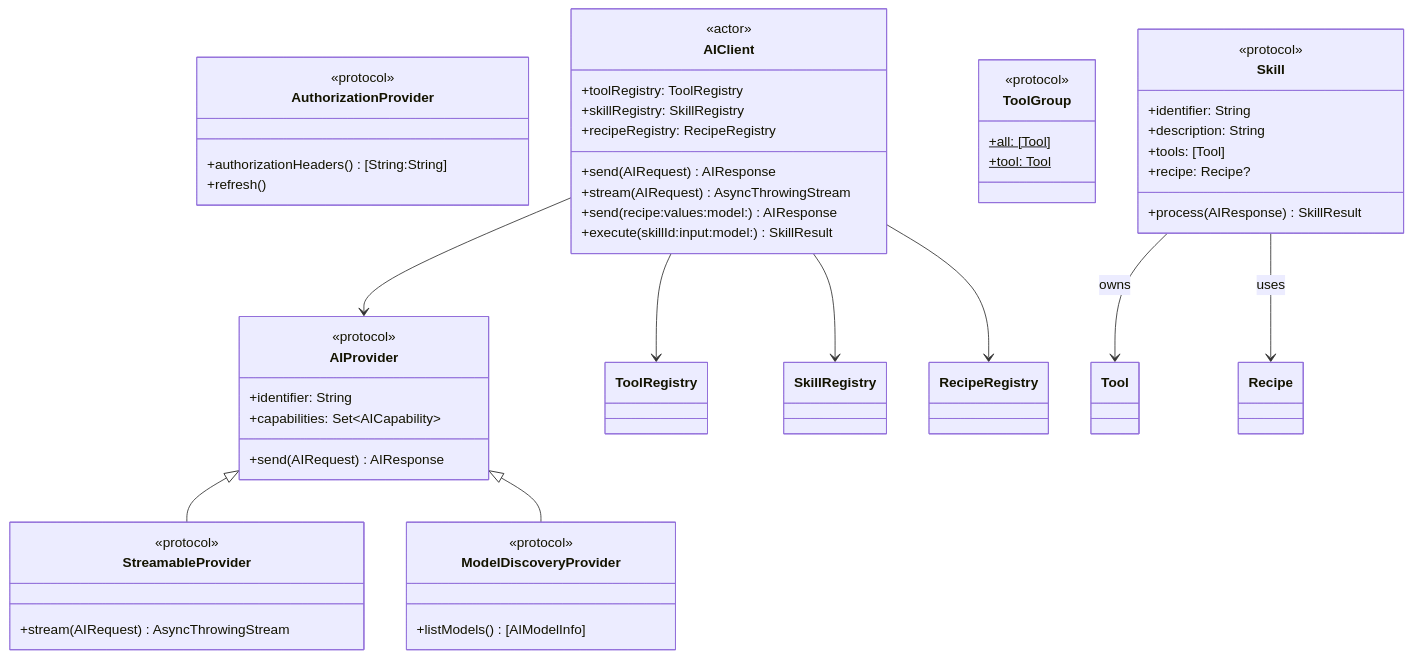
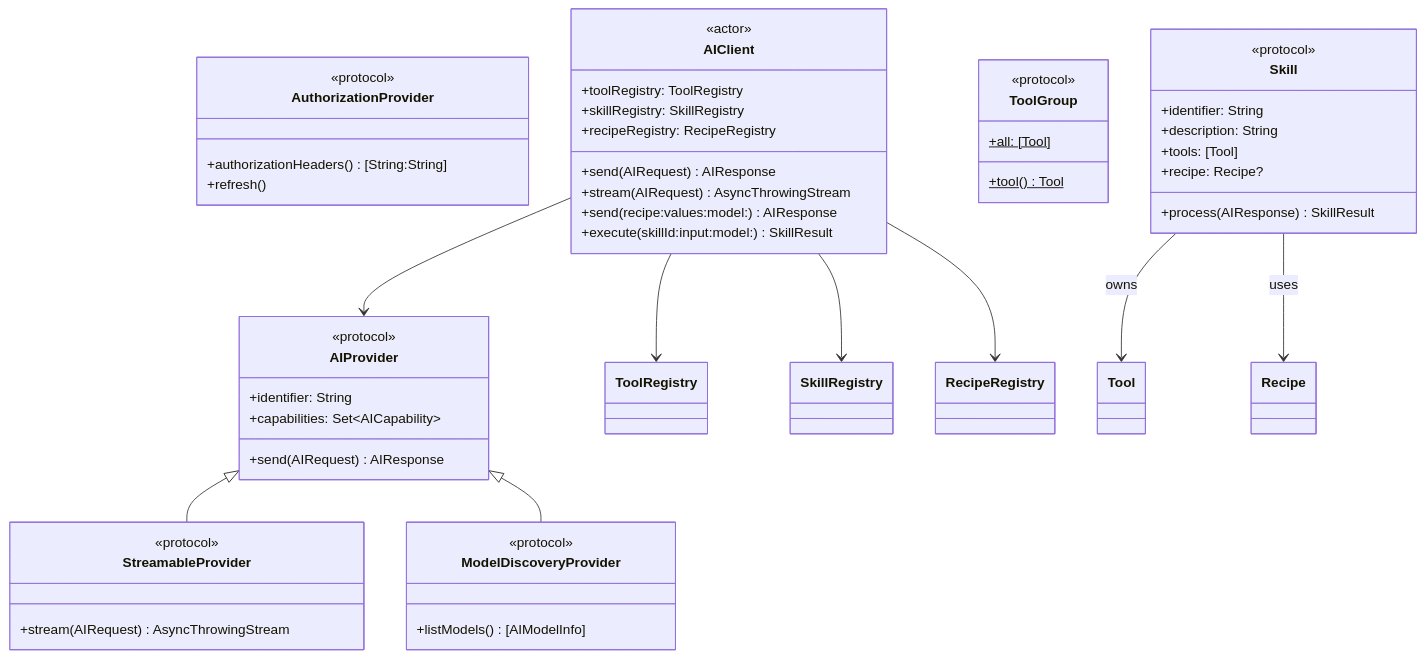
One commit to molayab/swift-ai-provider-kit changed the second of 8 diagrams in Documentation/Architecture.md. Above: the diagram before and after it, drawn with Mermaid. The commit also changed other lines of this file, not shown here.

Commit message:
docs: fix ToolGroup.tool() signature in Architecture.md diagram and example

````diff
--- a/Documentation/Architecture.md
+++ b/Documentation/Architecture.md
@@ -78,60 +78,60 @@
 ```mermaid
 classDiagram
     class AIProvider {
         <<protocol>>
         +identifier: String
         +capabilities: Set~AICapability~
         +send(AIRequest) AIResponse
     }
 
     class StreamableProvider {
         <<protocol>>
         +stream(AIRequest) AsyncThrowingStream
     }
 
     class ModelDiscoveryProvider {
         <<protocol>>
         +listModels() [AIModelInfo]
     }
 
     class AuthorizationProvider {
         <<protocol>>
         +authorizationHeaders() [String:String]
         +refresh()
     }
 
     class Skill {
         <<protocol>>
         +identifier: String
         +description: String
         +tools: [Tool]
         +recipe: Recipe?
         +process(AIResponse) SkillResult
     }
 
     class ToolGroup {
         <<protocol>>
         +all: [Tool]$
-        +tool: Tool$
+        +tool() Tool$
     }
 
     class AIClient {
         <<actor>>
         +toolRegistry: ToolRegistry
         +skillRegistry: SkillRegistry
         +recipeRegistry: RecipeRegistry
         +send(AIRequest) AIResponse
         +stream(AIRequest) AsyncThrowingStream
         +send(recipe:values:model:) AIResponse
         +execute(skillId:input:model:) SkillResult
     }
 
     AIProvider <|-- StreamableProvider
     AIProvider <|-- ModelDiscoveryProvider
     AIClient --> AIProvider
     AIClient --> ToolRegistry
     AIClient --> SkillRegistry
     AIClient --> RecipeRegistry
     Skill --> Tool : owns
     Skill --> Recipe : uses
 ```
````
